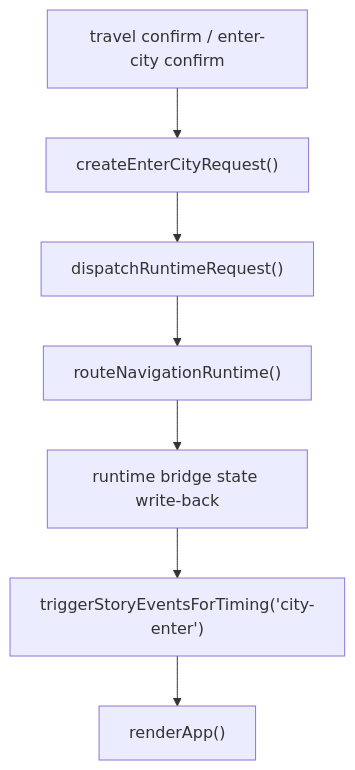
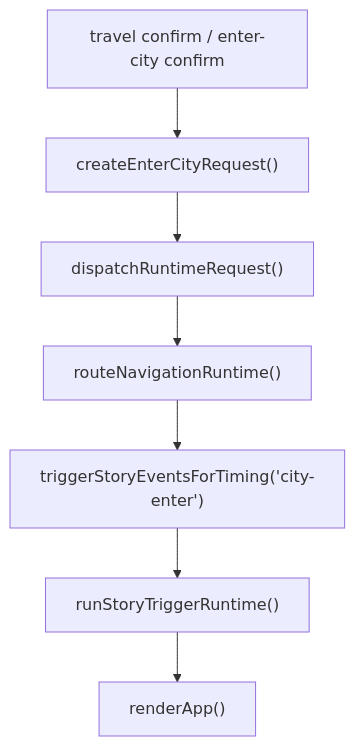
The second of 3 diagrams in docs/superpowers/weekly/2026-07-02-weekly-architecture-report.md (MA141277/RPG_TG), drawn with Mermaid before and after one commit. The commit also changed other lines of this file and 13 other files, not shown here.

Commit message:
converge child 16 story trigger handoff ownership

````diff
--- a/docs/superpowers/weekly/2026-07-02-weekly-architecture-report.md
+++ b/docs/superpowers/weekly/2026-07-02-weekly-architecture-report.md
@@ -76,9 +76,9 @@
 ```mermaid
 flowchart TD
     A["travel confirm / enter-city confirm"] --> B["createEnterCityRequest()"]
     B --> C["dispatchRuntimeRequest()"]
     C --> D["routeNavigationRuntime()"]
-    D --> E["runtime bridge state write-back"]
-    E --> F["triggerStoryEventsForTiming('city-enter')"]
+    D --> E["triggerStoryEventsForTiming('city-enter')"]
+    E --> F["runStoryTriggerRuntime()"]
     F --> G["renderApp()"]
 ```
````
